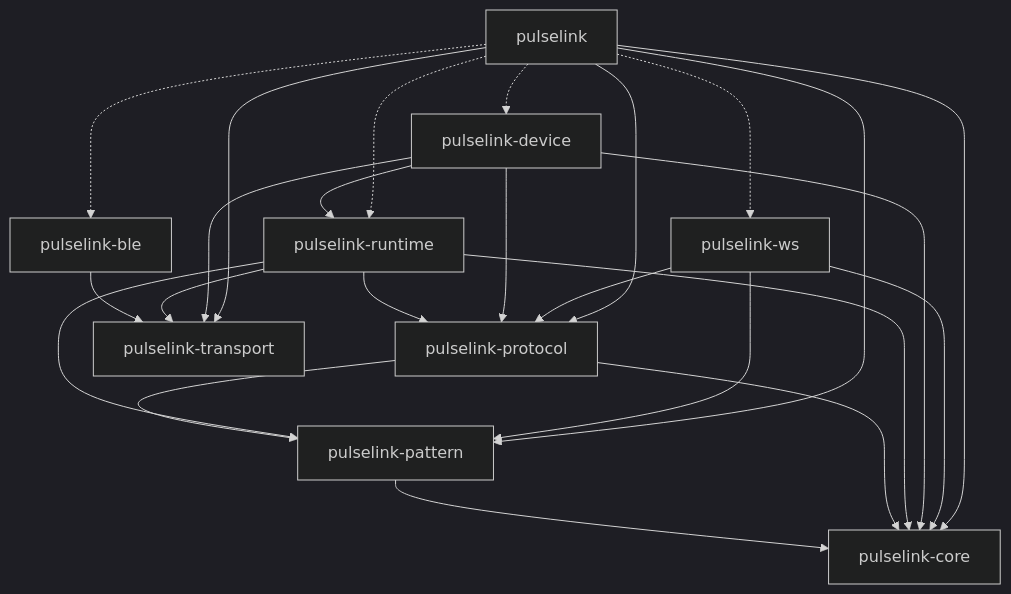
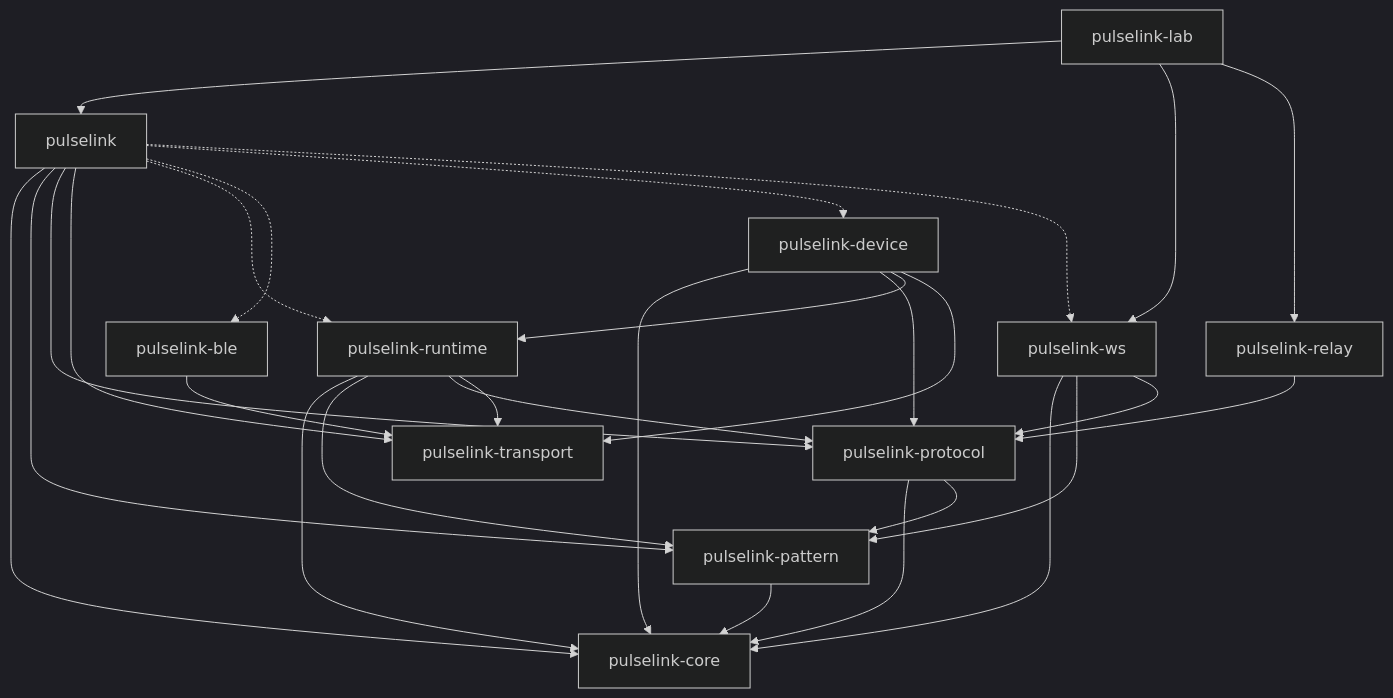
One commit to Chiloven945/pulselink changed the diagram in pulselink-rs/docs/architecture.md. Above: the diagram before and after it, drawn with Mermaid (dark theme). The commit also changed other lines of this file and 35 other files, not shown here.

First line of the commit message:
feat(rust): add local V4 relay lab and V3 privacy discovery

````diff
--- a/pulselink-rs/docs/architecture.md
+++ b/pulselink-rs/docs/architecture.md
@@ -9,38 +9,41 @@
 ```mermaid
 flowchart TD
     core[pulselink-core]
     pattern[pulselink-pattern]
     protocol[pulselink-protocol]
     transport[pulselink-transport]
     ble[pulselink-ble]
     runtime[pulselink-runtime]
     device[pulselink-device]
     ws[pulselink-ws]
+    relay[pulselink-relay]
     facade[pulselink]
-
+    lab[pulselink-lab]
     pattern --> core
     protocol --> core
     protocol --> pattern
-
     ble --> transport
     runtime --> core
     runtime --> pattern
     runtime --> protocol
     runtime --> transport
     device --> core
     device --> protocol
     device --> runtime
     device --> transport
     ws --> core
     ws --> pattern
     ws --> protocol
-
+    relay --> protocol
     facade --> core
     facade --> pattern
     facade --> protocol
     facade --> transport
     facade -.-> runtime
     facade -.-> ble
     facade -.-> device
     facade -.-> ws
+    lab --> facade
+    lab --> ws
+    lab --> relay
 ```
````
